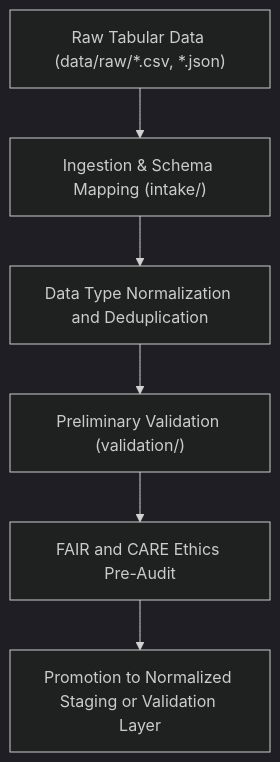
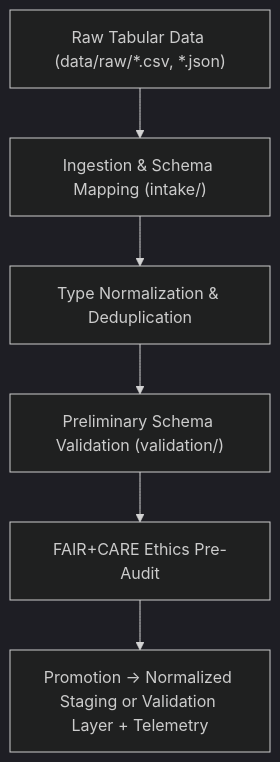
The diagram in data/work/staging/tabular/tmp/README.md (bartytime4life/Kansas-Frontier-Matrix), drawn with Mermaid (dark theme) before and after one commit. The commit also changed other lines of this file, not shown here.

First line of the commit message:
Update README for version 9.4.0 with telemetry integration

````diff
--- a/data/work/staging/tabular/tmp/README.md
+++ b/data/work/staging/tabular/tmp/README.md
@@ -75,8 +82,8 @@
 ```mermaid
 flowchart TD
     A["Raw Tabular Data (data/raw/*.csv, *.json)"] --> B["Ingestion & Schema Mapping (intake/)"]
-    B --> C["Data Type Normalization and Deduplication"]
-    C --> D["Preliminary Validation (validation/)"]
-    D --> E["FAIR and CARE Ethics Pre-Audit"]
-    E --> F["Promotion to Normalized Staging or Validation Layer"]
+    B --> C["Type Normalization & Deduplication"]
+    C --> D["Preliminary Schema Validation (validation/)"]
+    D --> E["FAIR+CARE Ethics Pre-Audit"]
+    E --> F["Promotion → Normalized Staging or Validation Layer + Telemetry"]
 ```
````
